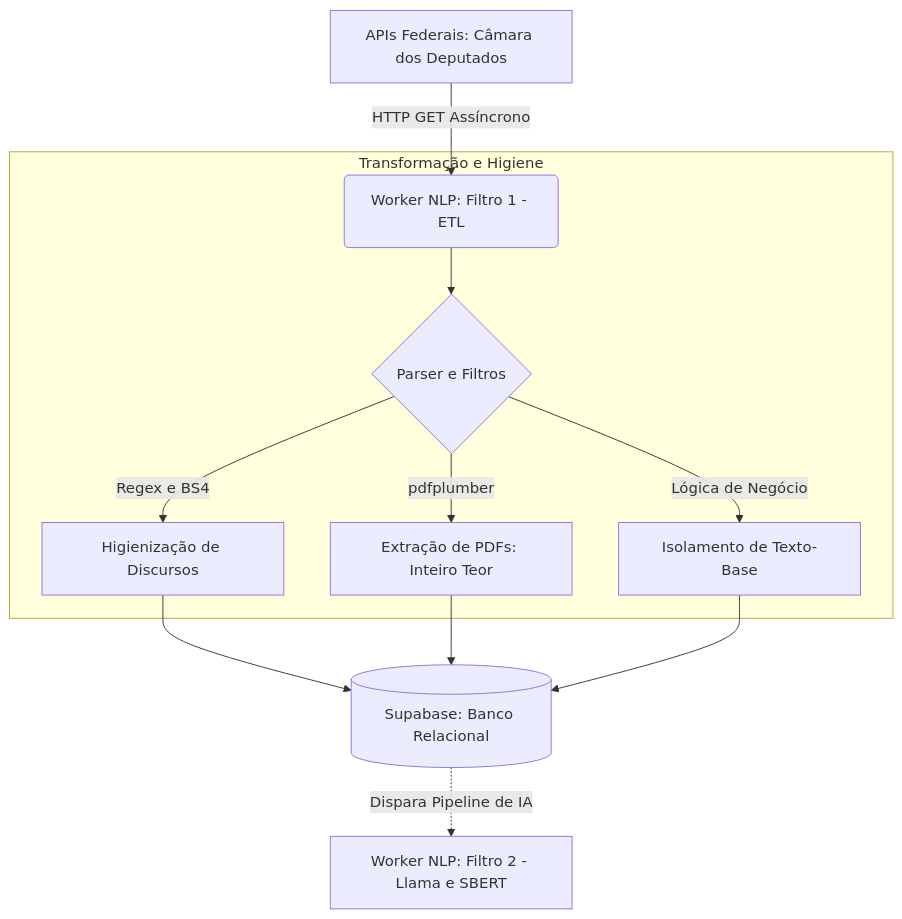
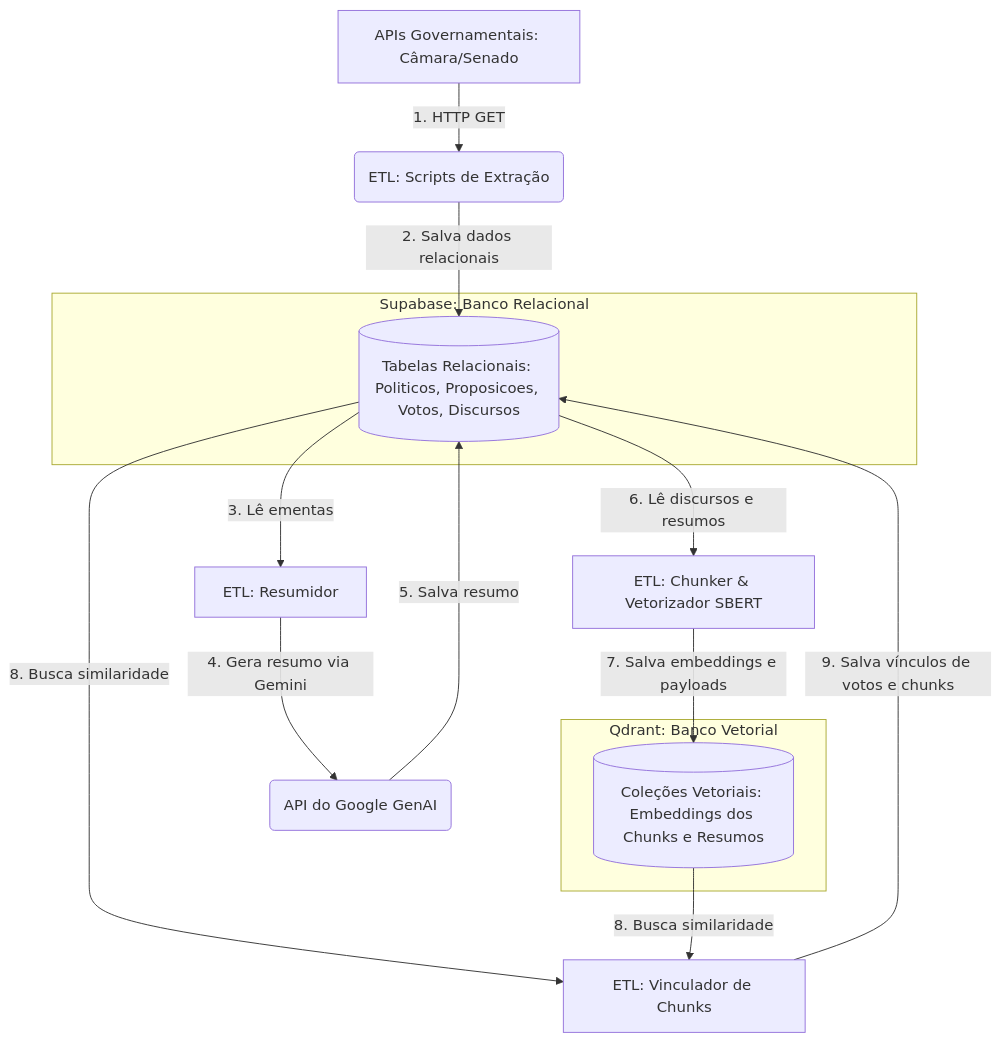
The diagram in docs/docs/etl-dados.md (henriquemendeselias/2026.1-ContraDito), drawn with Mermaid before and after one commit. The commit also changed other lines of this file and 1 other file, not shown here.

Commit message:
docs: atualiza documentação do worker

````diff
--- a/docs/docs/etl-dados.md
+++ b/docs/docs/etl-dados.md
@@ -13,17 +13,24 @@
 ```mermaid
 graph TD
-    A[APIs Federais: Câmara dos Deputados] -->|HTTP GET Assíncrono| B(Worker NLP: Filtro 1 - ETL)
+    Gov[APIs Governamentais: Câmara/Senado] -->|1. HTTP GET| Extractor(ETL: Scripts de Extração)
     
-    subgraph pipeline [Transformação e Higiene]
-        B --> C{Parser e Filtros}
-        C -->|Regex e BS4| D[Higienização de Discursos]
-        C -->|pdfplumber| E[Extração de PDFs: Inteiro Teor]
-        C -->|Lógica de Negócio| F[Isolamento de Texto-Base]
+    subgraph SupabaseDB [Supabase: Banco Relacional]
+        Supa[(Tabelas Relacionais: Politicos, Proposicoes, Votos, Discursos)]
     end
     
-    D --> G[(Supabase: Banco Relacional)]
-    E --> G
-    F --> G
+    subgraph QdrantDB [Qdrant: Banco Vetorial]
+        Qdr[(Coleções Vetoriais: Embeddings dos Chunks e Resumos)]
+    end
+
+    Extractor -->|2. Salva dados relacionais| Supa
     
-    G -.->|Dispara Pipeline de IA| H[Worker NLP: Filtro 2 - Llama e SBERT]
+    Supa -->|3. Lê ementas| Summarizer[ETL: Resumidor]
+    Summarizer -->|4. Gera resumo via Gemini| Gemini(API do Google GenAI)
+    Gemini -->|5. Salva resumo| Supa
+    
+    Supa -->|6. Lê discursos e resumos| Vectorizer[ETL: Chunker & Vetorizador SBERT]
+    Vectorizer -->|7. Salva embeddings e payloads| Qdr
+    
+    Supa & Qdr -->|8. Busca similaridade| Linker[ETL: Vinculador de Chunks]
+    Linker -->|9. Salva vínculos de votos e chunks| Supa
 ```
````
